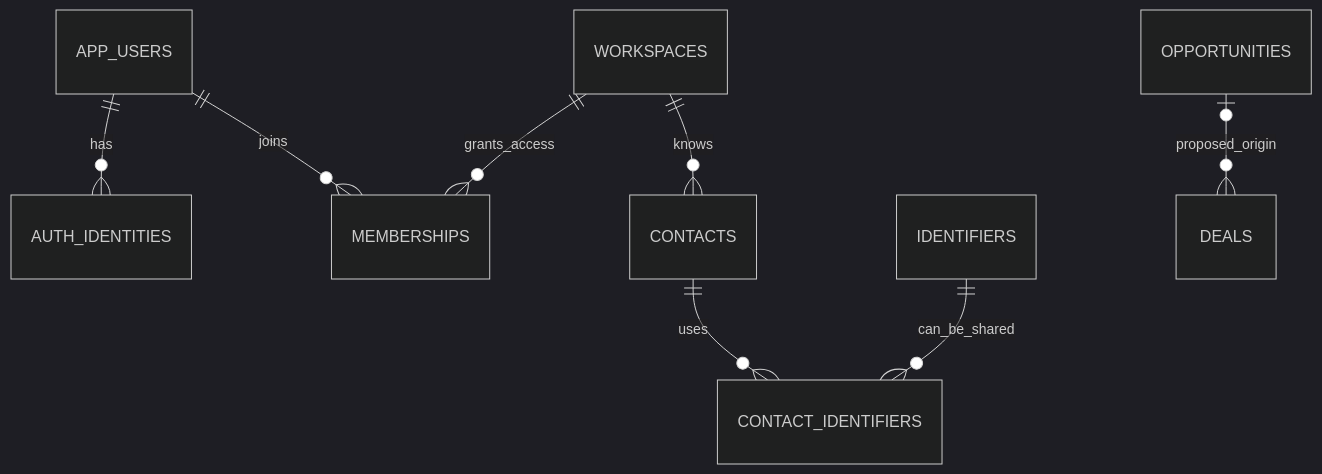
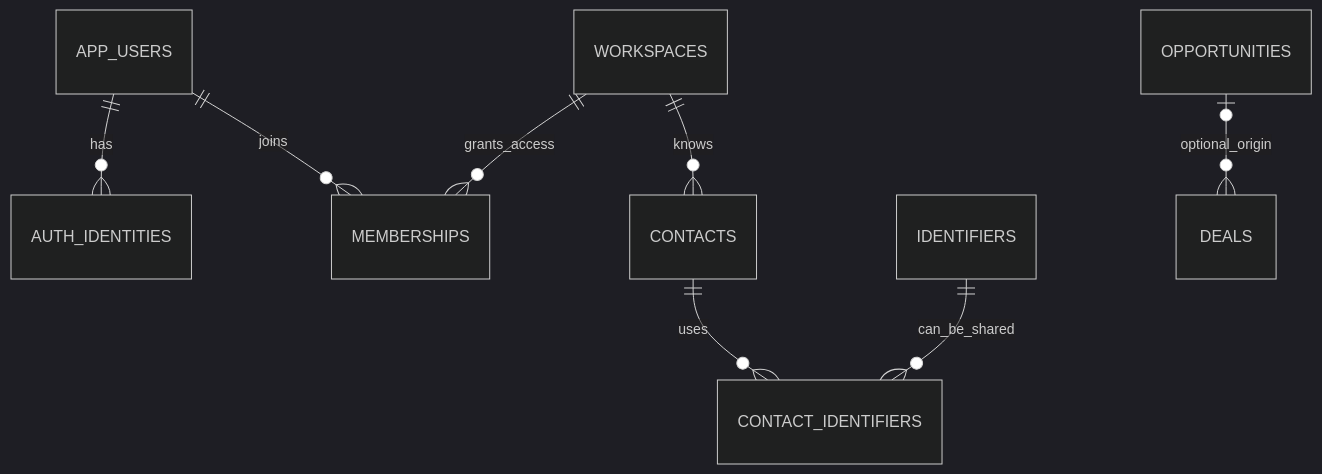
Before and after one commit to looskis/looski-suite: the diagram in docs/schema-design.md, drawn with Mermaid (dark theme). The commit also changed other lines of this file and 41 other files, not shown here.

````diff
--- a/docs/schema-design.md
+++ b/docs/schema-design.md
@@ -11,10 +11,10 @@
 ```mermaid
 erDiagram
     APP_USERS ||--o{ AUTH_IDENTITIES : has
     APP_USERS ||--o{ MEMBERSHIPS : joins
     WORKSPACES ||--o{ MEMBERSHIPS : grants_access
     WORKSPACES ||--o{ CONTACTS : knows
     CONTACTS ||--o{ CONTACT_IDENTIFIERS : uses
     IDENTIFIERS ||--o{ CONTACT_IDENTIFIERS : can_be_shared
-    OPPORTUNITIES |o--o{ DEALS : proposed_origin
+    OPPORTUNITIES |o--o{ DEALS : optional_origin
 ```
````
